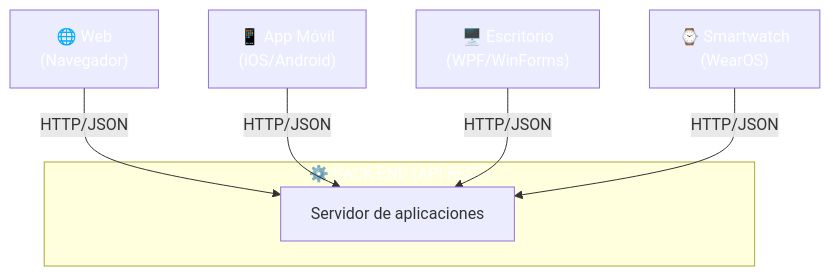
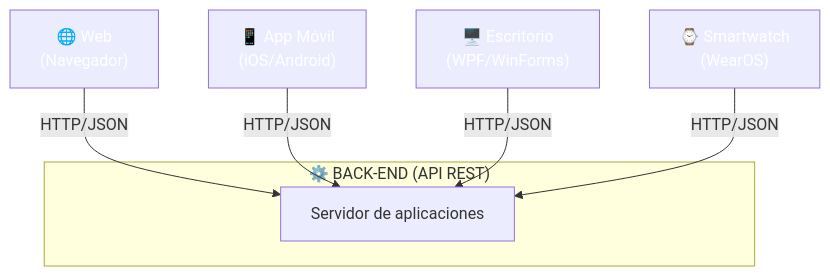
The second of 2 diagrams in 02-componentes-web.md (joseluisgs/DesarrolloWebEntornosServidor-01-2026-2027), drawn with Mermaid before and after one commit. The commit also changed other lines of this file and 15 other files, not shown here.

Commit message:
docs: quitar el relleno a los subgraf de los diagramas y corregir comillas y rayas sueltas

````diff
--- a/02-componentes-web.md
+++ b/02-componentes-web.md
@@ -58,17 +56,16 @@
 ```mermaid
 graph TD
     subgraph BACKEND["⚙️ BACK-END (API REST)"]
         A["Servidor de aplicaciones"]
     end
 
     B["🌐 Web<br/>(Navegador)"] -->|"HTTP/JSON"| A
     C["📱 App Móvil<br/>(iOS/Android)"] -->|"HTTP/JSON"| A
     D["🖥️ Escritorio<br/>(WPF/WinForms)"] -->|"HTTP/JSON"| A
     E["⌚ Smartwatch<br/>(WearOS)"] -->|"HTTP/JSON"| A
 
-    style BACKEND fill:#4CAF5,color:#fff0,color:#fff
     style B fill:#2196F,color:#fff3,color:#fff
     style C fill:#FF980,color:#fff0,color:#fff
     style D fill:#9C27B,color:#fff0,color:#fff
     style E fill:#f4433,color:#fff6,color:#fff
 ```
````
